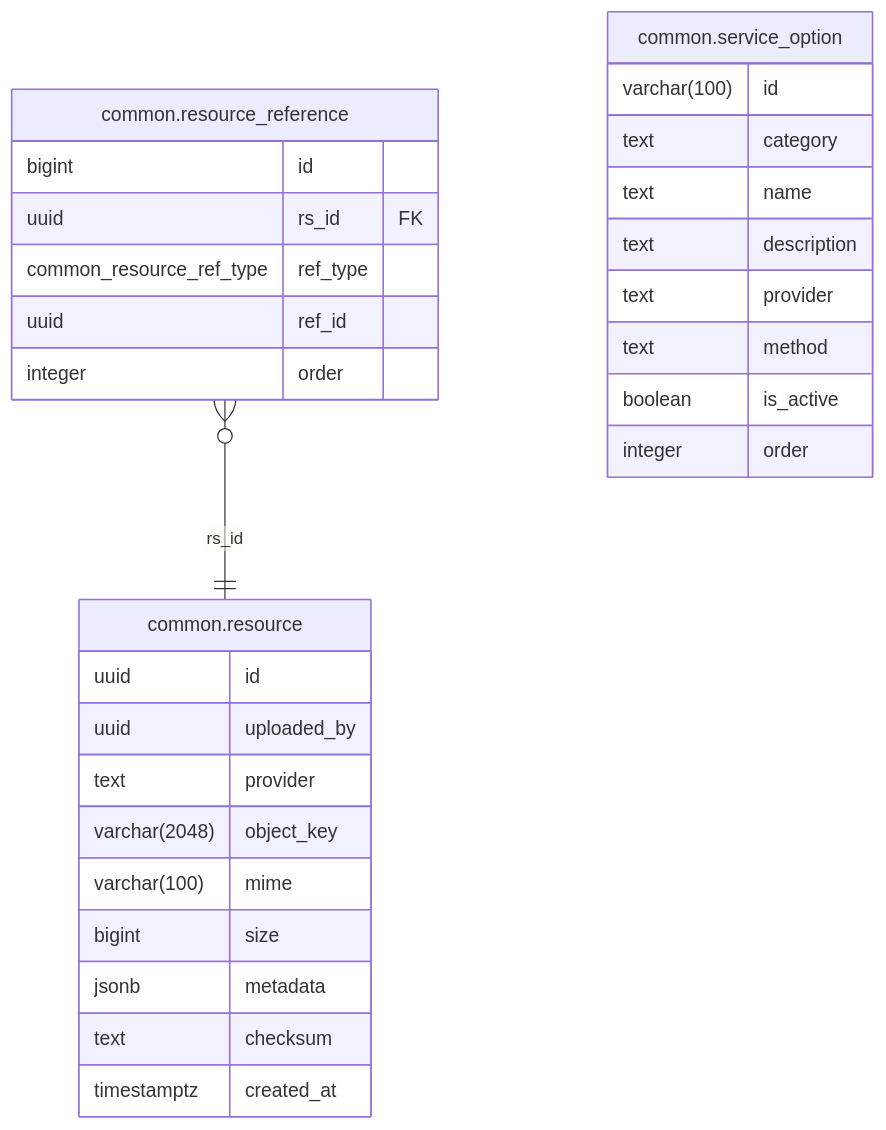
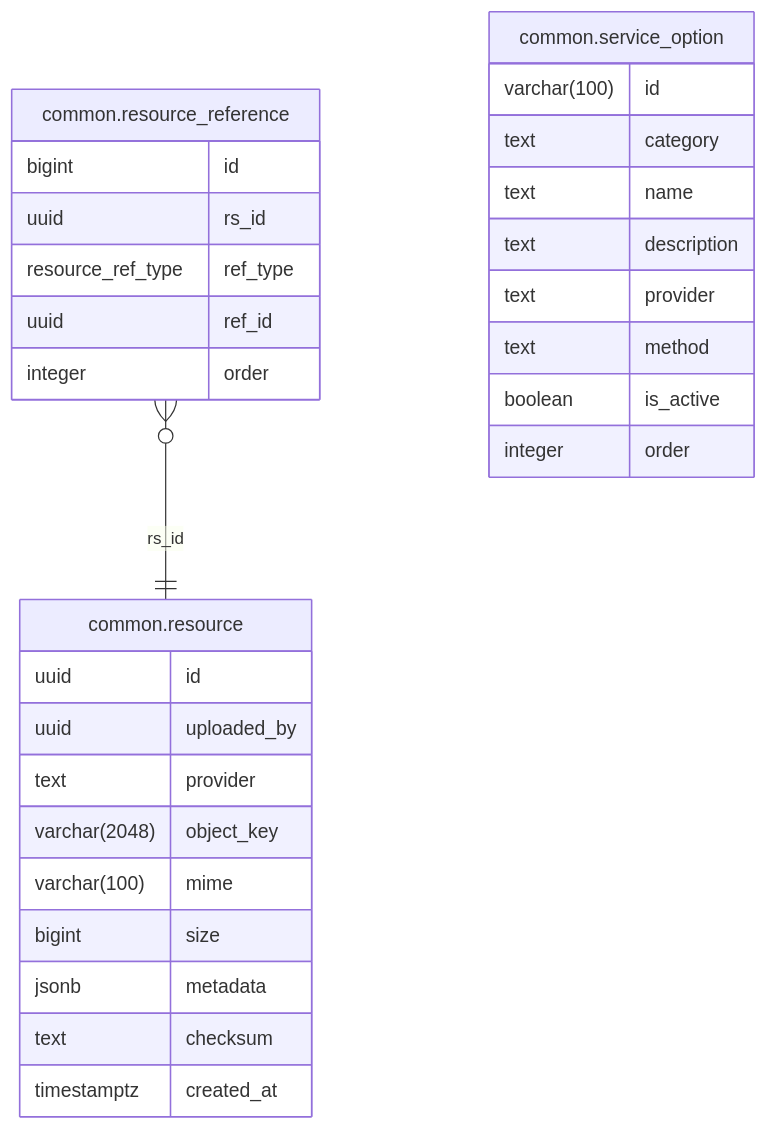
The diagram in internal/module/common/README.md (shopnexus/shopnexus-server), drawn with Mermaid before and after one commit. The commit also changed other lines of this file and 12 other files, not shown here.

Commit message:
add generating mermaid script & update all readmes

````diff
--- a/internal/module/common/README.md
+++ b/internal/module/common/README.md
@@ -52,33 +11,33 @@
 ```mermaid
 erDiagram
 "common.resource_reference" }o--|| "common.resource" : "rs_id"
 
 "common.resource" {
   uuid id
   uuid uploaded_by
   text provider
   varchar(2048) object_key
   varchar(100) mime
   bigint size
   jsonb metadata
   text checksum
   timestamptz created_at
 }
 "common.resource_reference" {
   bigint id
-  uuid rs_id FK
-  common_resource_ref_type ref_type
+  uuid rs_id
+  resource_ref_type ref_type
   uuid ref_id
   integer order
 }
 "common.service_option" {
   varchar(100) id
   text category
   text name
   text description
   text provider
   text method
   boolean is_active
   integer order
 }
 ```
````
